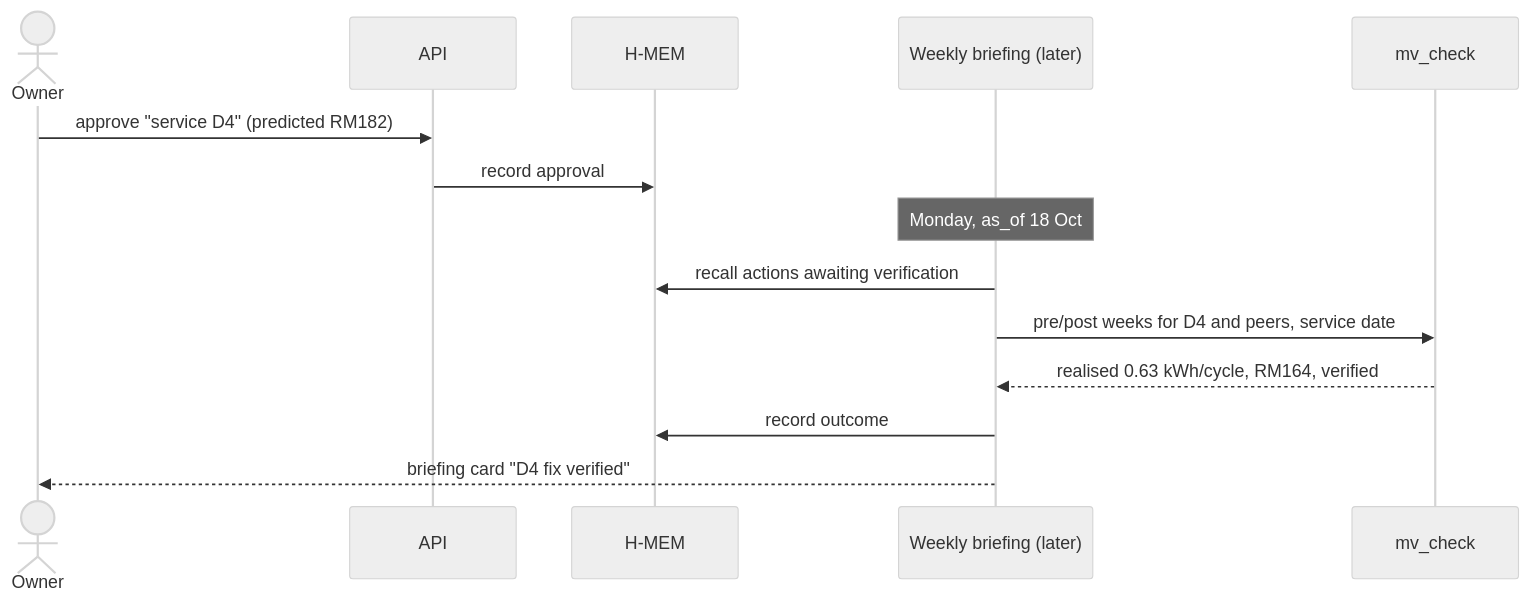
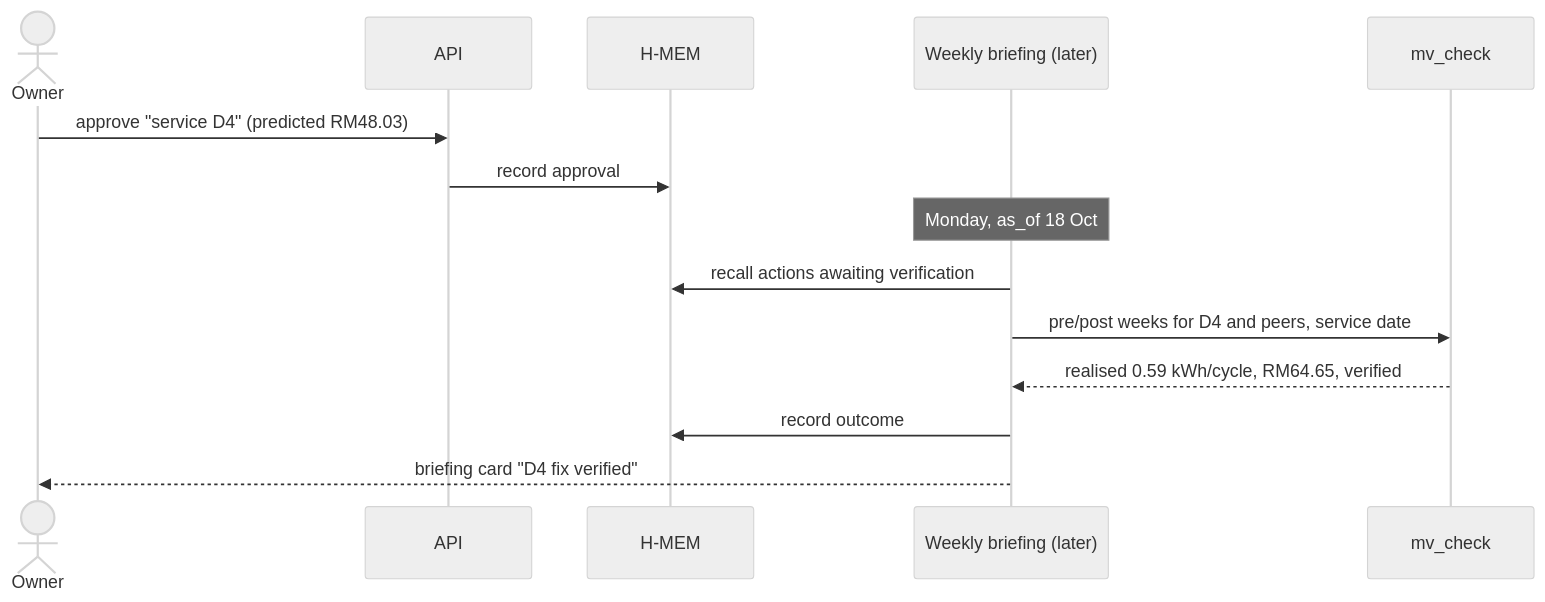
Before and after one commit to No0bmazt3r/SmartFlux-EDIS-Energy-Demand-Intelligence-System-: the fifth of 6 diagrams in docs/architecture.md, drawn with Mermaid (neutral theme). The commit also changed other lines of this file and 49 other files, not shown here.

````diff
--- a/docs/architecture.md
+++ b/docs/architecture.md
@@ -195,16 +195,16 @@
 ```mermaid
 sequenceDiagram
     actor O as Owner
     participant API
     participant H as H-MEM
     participant B as Weekly briefing (later)
     participant C as mv_check
-    O->>API: approve "service D4" (predicted RM182)
+    O->>API: approve "service D4" (predicted RM48.03)
     API->>H: record approval
     Note over B: Monday, as_of 18 Oct
     B->>H: recall actions awaiting verification
     B->>C: pre/post weeks for D4 and peers, service date
-    C-->>B: realised 0.63 kWh/cycle, RM164, verified
+    C-->>B: realised 0.59 kWh/cycle, RM64.65, verified
     B->>H: record outcome
     B-->>O: briefing card "D4 fix verified"
 ```
````
